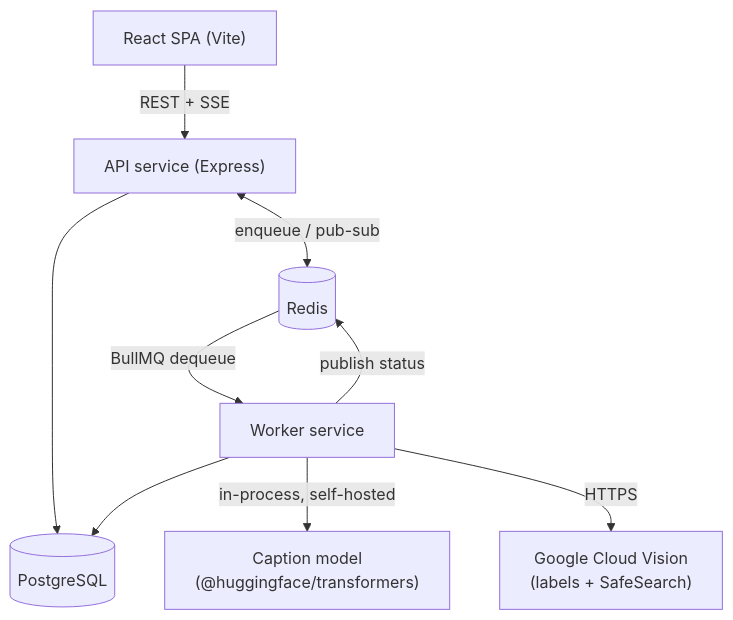
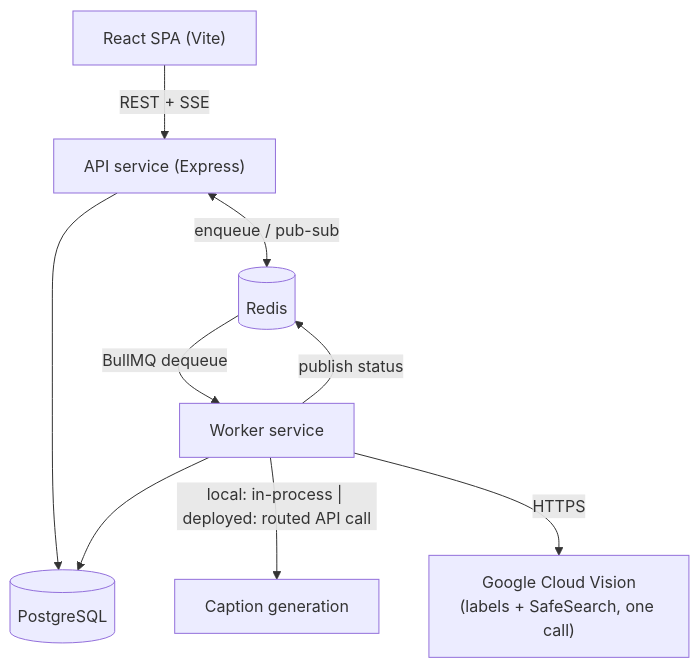
The diagram in README.md (RonitRohil/camarin-ai-assignment), drawn with Mermaid before and after one commit. The commit also changed other lines of this file and 1 other file, not shown here.

````diff
--- a/README.md
+++ b/README.md
@@ -14,11 +20,11 @@
 ```mermaid
 flowchart TB
     Client["React SPA (Vite)"] -->|"REST + SSE"| API["API service (Express)"]
     API --> DB[("PostgreSQL")]
     API <-->|"enqueue / pub-sub"| Redis[("Redis")]
     Redis -->|"BullMQ dequeue"| Worker["Worker service"]
     Worker --> DB
     Worker -->|"publish status"| Redis
-    Worker -->|"in-process, self-hosted"| Caption["Caption model\n(@huggingface/transformers)"]
-    Worker -->|"HTTPS"| Vision["Google Cloud Vision\n(labels + SafeSearch)"]
+    Worker -->|"local: in-process | deployed: routed API call"| Caption["Caption generation"]
+    Worker -->|"HTTPS"| Vision["Google Cloud Vision\n(labels + SafeSearch, one call)"]
 ```
````
